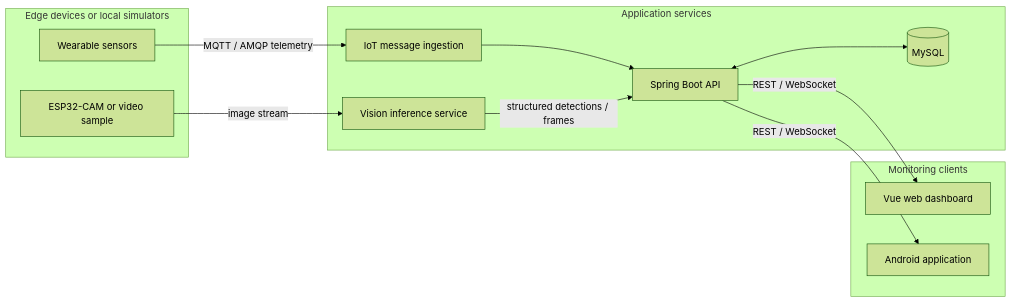
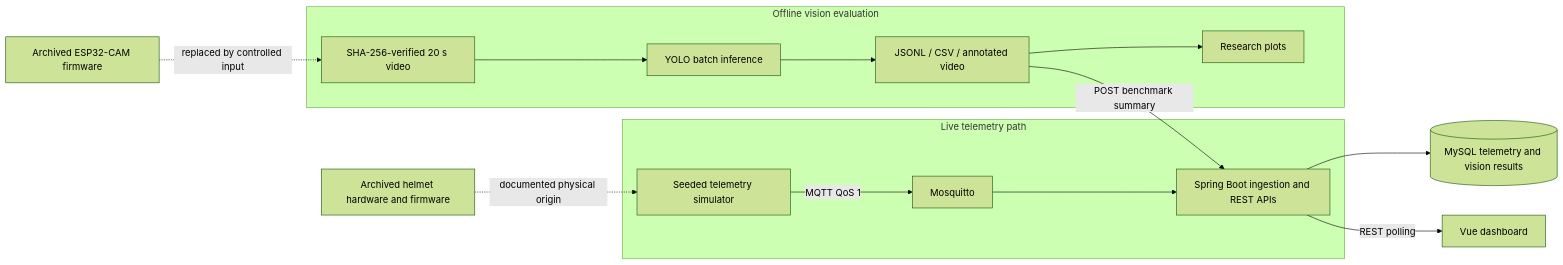
Before and after one commit to Kettkk/smart-helmet-aiot: the diagram in README.md, drawn with Mermaid (forest theme). The commit also changed other lines of this file and 67 other files, not shown here.

````diff
--- a/README.md
+++ b/README.md
@@ -55,27 +61,20 @@
 ```mermaid
 flowchart LR
-    subgraph Edge[Edge devices or local simulators]
-        S[Wearable sensors]
-        C[ESP32-CAM or video sample]
+    subgraph Live[Live telemetry path]
+        S[Seeded telemetry simulator] -->|MQTT QoS 1| M[Mosquitto]
+        M --> B[Spring Boot ingestion and REST APIs]
     end
 
-    subgraph Cloud[Application services]
-        I[IoT message ingestion]
-        V[Vision inference service]
-        B[Spring Boot API]
-        D[(MySQL)]
+    subgraph Batch[Offline vision evaluation]
+        V[SHA-256-verified 20 s video] --> Y[YOLO batch inference]
+        Y --> R[JSONL / CSV / annotated video]
+        R --> P[Research plots]
+        R -->|POST benchmark summary| B
     end
 
-    subgraph Clients[Monitoring clients]
-        W[Vue web dashboard]
-        A[Android application]
-    end
+    B --> D[(MySQL telemetry and vision results)]
+    B -->|REST polling| W[Vue dashboard]
 
-    S -->|MQTT / AMQP telemetry| I
-    C -->|image stream| V
-    I --> B
-    V -->|structured detections / frames| B
-    B <--> D
-    B -->|REST / WebSocket| W
-    B -->|REST / WebSocket| A
+    H[Archived helmet hardware and firmware] -. documented physical origin .-> S
+    C[Archived ESP32-CAM firmware] -. replaced by controlled input .-> V
 ```
````
